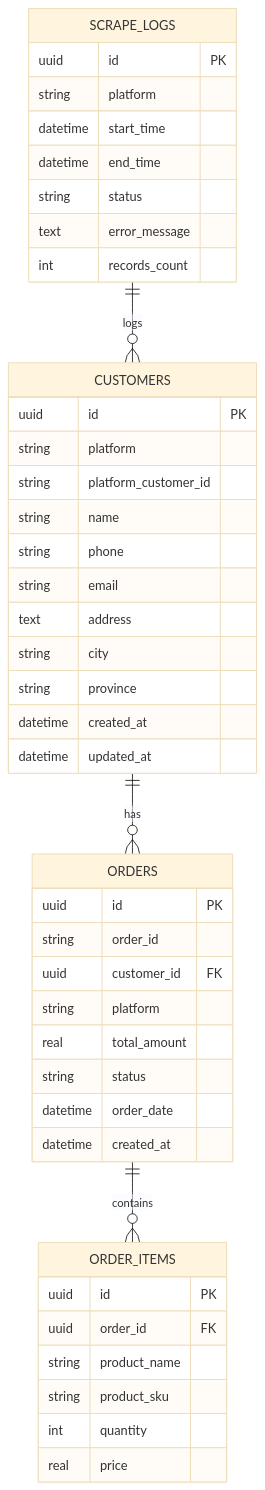
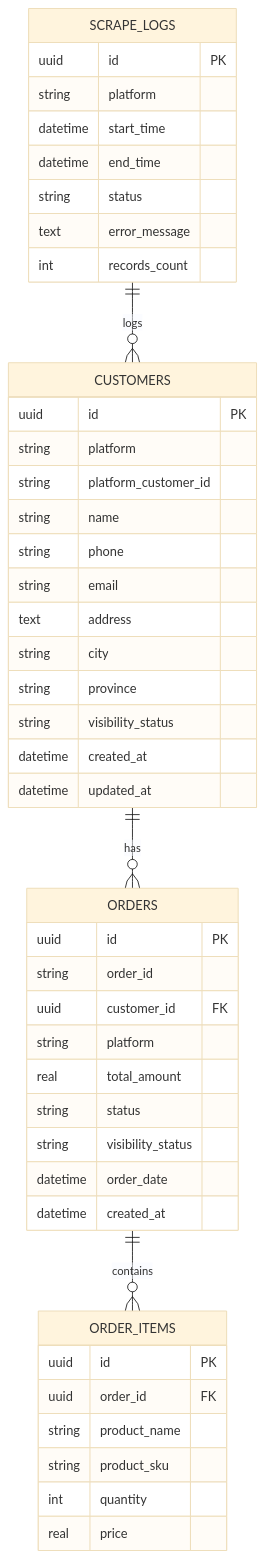
The fourth of 5 diagrams in BRD.md (viciansyah-1995/MP-CRM-SCRAPER), drawn with Mermaid (base theme) before and after one commit. The commit also changed other lines of this file and 1 other file, not shown here.

Commit message:
Refine CRM follow-up scope and TikTok detail order flow

````diff
--- a/BRD.md
+++ b/BRD.md
@@ -284,50 +304,52 @@
 ```mermaid
 erDiagram
     CUSTOMERS ||--o{ ORDERS : has
     ORDERS ||--o{ ORDER_ITEMS : contains
     SCRAPE_LOGS ||--o{ CUSTOMERS : logs
 
     CUSTOMERS {
         uuid id PK
         string platform
         string platform_customer_id
         string name
         string phone
         string email
         text address
         string city
         string province
+        string visibility_status
         datetime created_at
         datetime updated_at
     }
 
     ORDERS {
         uuid id PK
         string order_id
         uuid customer_id FK
         string platform
         real total_amount
         string status
+        string visibility_status
         datetime order_date
         datetime created_at
     }
 
     ORDER_ITEMS {
         uuid id PK
         uuid order_id FK
         string product_name
         string product_sku
         int quantity
         real price
     }
 
     SCRAPE_LOGS {
         uuid id PK
         string platform
         datetime start_time
         datetime end_time
         string status
         text error_message
         int records_count
     }
 ```
````
